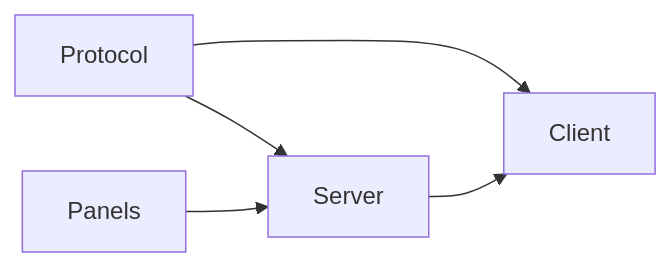
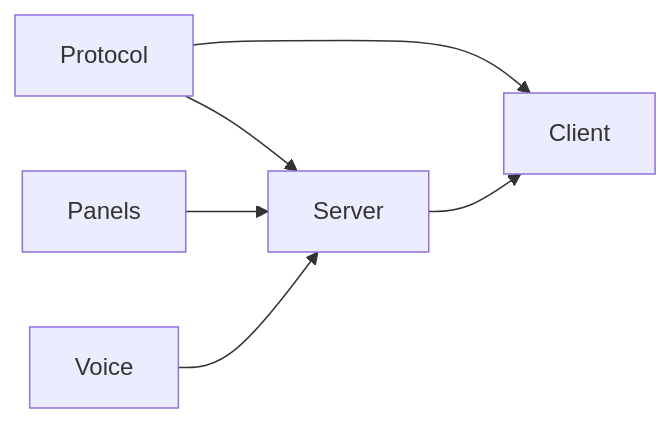
Before and after one commit to alennartz/pimote: the first of 4 diagrams in codemap.md, drawn with Mermaid. The commit also changed other lines of this file, not shown here.

````diff
--- a/codemap.md
+++ b/codemap.md
@@ -7,7 +7,8 @@
 ```mermaid
 graph LR
   Protocol --> Server
   Protocol --> Client
   Panels --> Server
+  Voice --> Server
   Server --> Client
 ```
````
